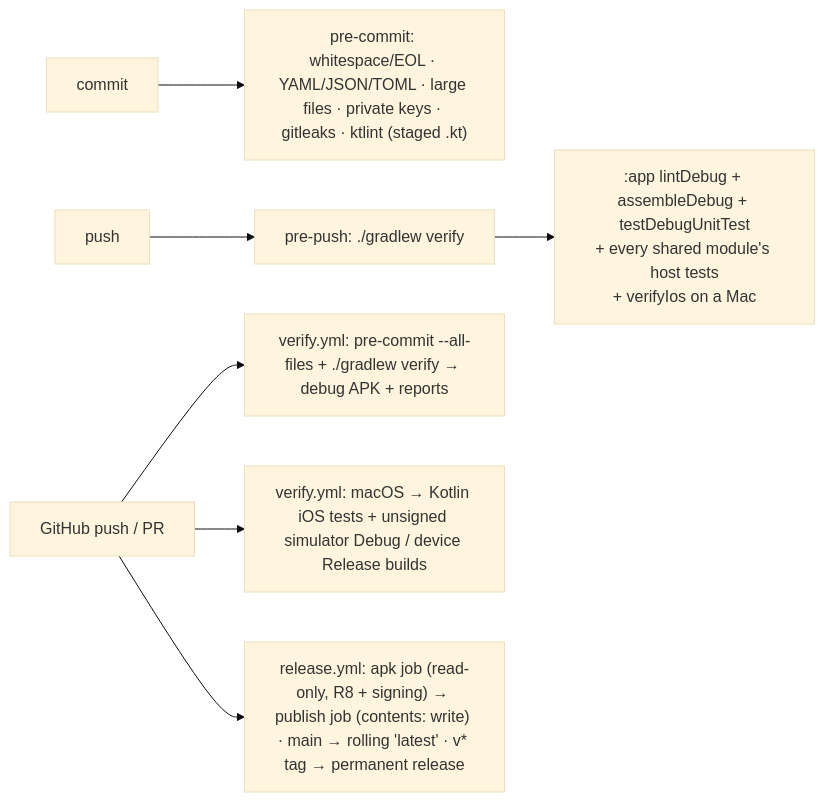
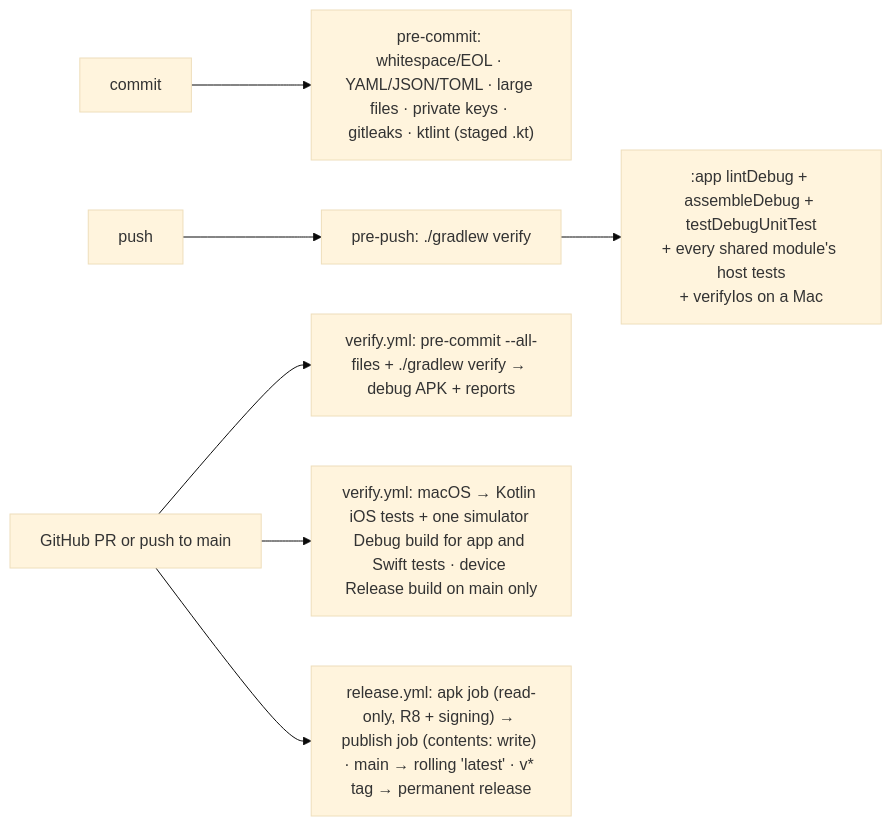
One commit to walkthru-earth/opensensor-space-mobile changed the diagram in docs/build-and-release.md. Above: the diagram before and after it, drawn with Mermaid (base theme). The commit also changed other lines of this file and 1 other file, not shown here.

First line of the commit message:
Run CI once per change and build the iOS simulator app once

````diff
--- a/docs/build-and-release.md
+++ b/docs/build-and-release.md
@@ -9,9 +9,9 @@
 ```mermaid
 flowchart LR
   C[commit] --> H["pre-commit: whitespace/EOL · YAML/JSON/TOML · large files · private keys · gitleaks · ktlint (staged .kt)"]
   P[push] --> V["pre-push: ./gradlew verify"]
   V --> T[":app lintDebug + assembleDebug + testDebugUnitTest<br/>+ every shared module's host tests<br/>+ verifyIos on a Mac"]
-  GH[GitHub push / PR] --> W["verify.yml: pre-commit --all-files + ./gradlew verify → debug APK + reports"]
-  GH --> I["verify.yml: macOS → Kotlin iOS tests + unsigned simulator Debug / device Release builds"]
+  GH[GitHub PR or push to main] --> W["verify.yml: pre-commit --all-files + ./gradlew verify → debug APK + reports"]
+  GH --> I["verify.yml: macOS → Kotlin iOS tests + one simulator Debug build for app and Swift tests · device Release build on main only"]
   GH --> R["release.yml: apk job (read-only, R8 + signing) → publish job (contents: write) · main → rolling 'latest' · v* tag → permanent release"]
 ```
````
